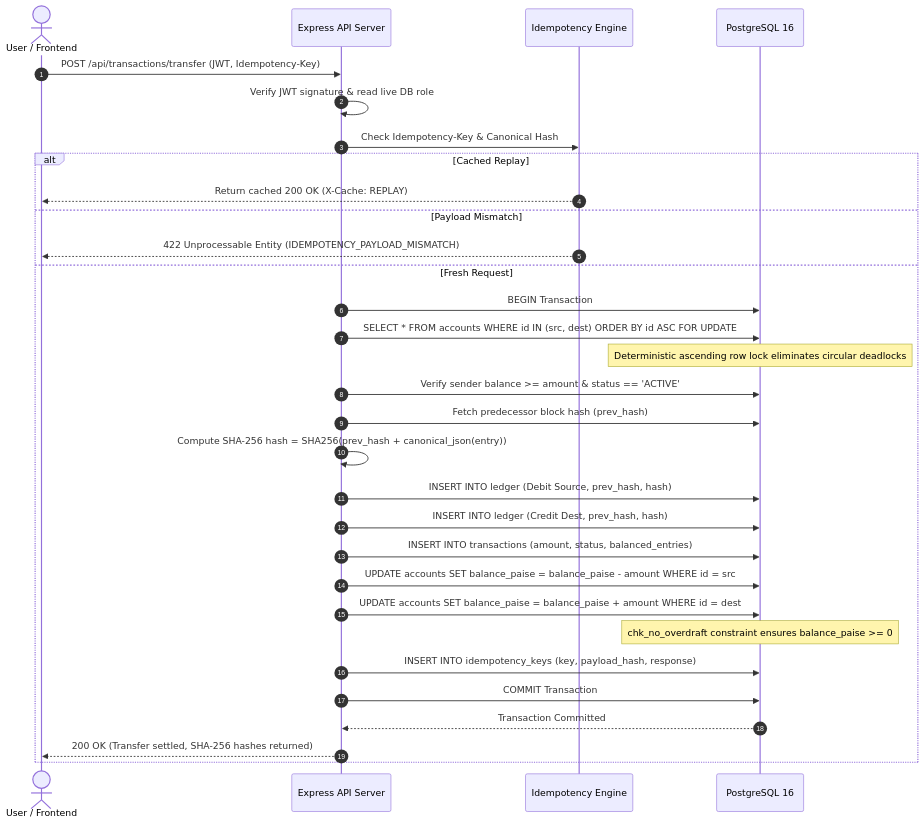
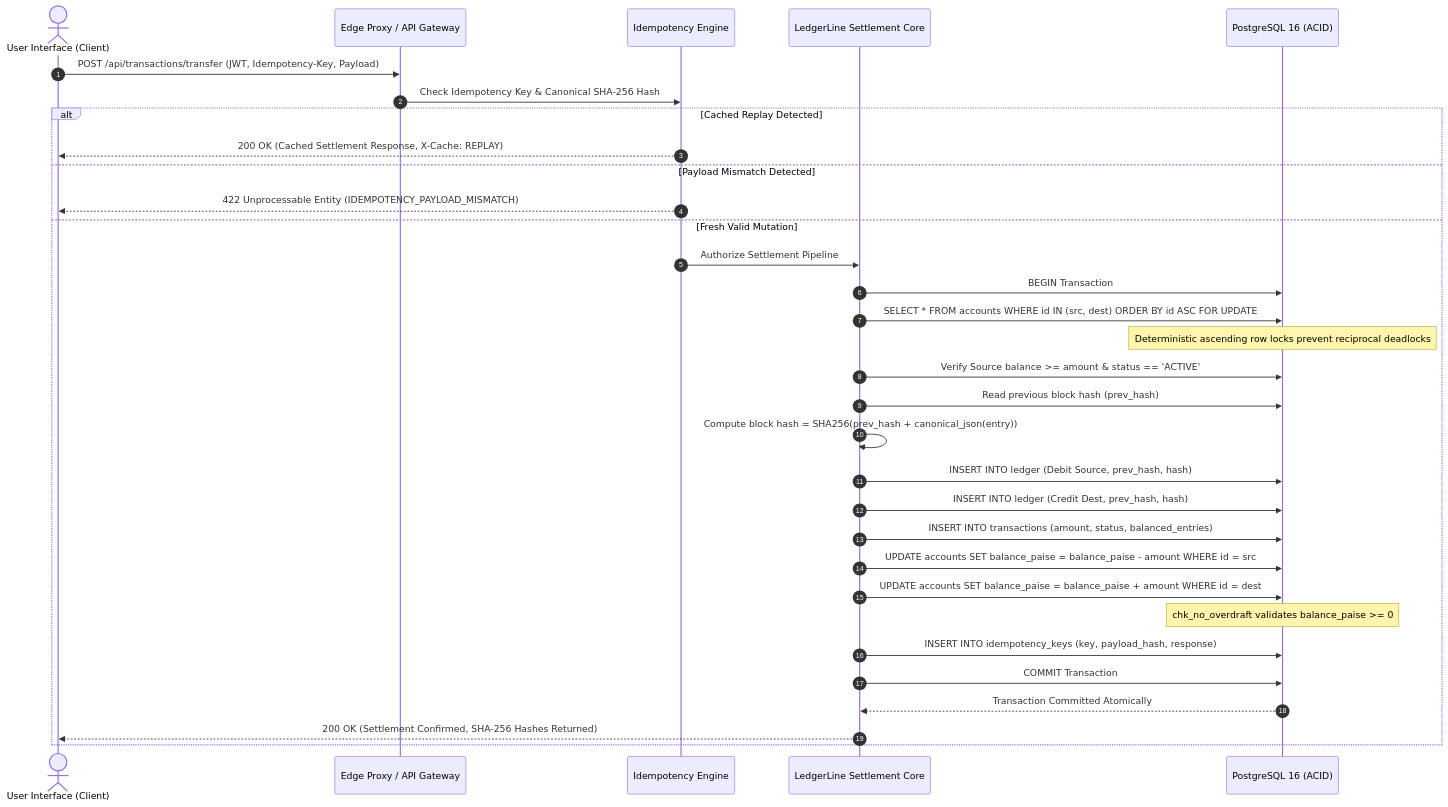
Before and after one commit to rupasribakka/LedgerLine: the second of 6 diagrams in README.md, drawn with Mermaid. The commit also changed other lines of this file, not shown here.

Commit message:
docs: update README with live deployments and visual architecture flows

````diff
--- a/README.md
+++ b/README.md
@@ -105,34 +113,35 @@
 ```mermaid
 sequenceDiagram
     autonumber
-    actor Client as User / Frontend
-    participant API as Express API Server
+    actor User as User Interface (Client)
+    participant Edge as Edge Proxy / API Gateway
     participant Idemp as Idempotency Engine
-    participant DB as PostgreSQL 16
+    participant Engine as LedgerLine Settlement Core
+    participant DB as PostgreSQL 16 (ACID)
 
-    Client->>API: POST /api/transactions/transfer (JWT, Idempotency-Key)
-    API->>API: Verify JWT signature & read live DB role
-    API->>Idemp: Check Idempotency-Key & Canonical Hash
-    alt Cached Replay
-        Idemp-->>Client: Return cached 200 OK (X-Cache: REPLAY)
-    else Payload Mismatch
-        Idemp-->>Client: 422 Unprocessable Entity (IDEMPOTENCY_PAYLOAD_MISMATCH)
-    else Fresh Request
-        API->>DB: BEGIN Transaction
-        API->>DB: SELECT * FROM accounts WHERE id IN (src, dest) ORDER BY id ASC FOR UPDATE
-        Note over DB: Deterministic ascending row lock eliminates circular deadlocks
-        API->>DB: Verify sender balance >= amount & status == 'ACTIVE'
-        API->>DB: Fetch predecessor block hash (prev_hash)
-        API->>API: Compute SHA-256 hash = SHA256(prev_hash + canonical_json(entry))
-        API->>DB: INSERT INTO ledger (Debit Source, prev_hash, hash)
-        API->>DB: INSERT INTO ledger (Credit Dest, prev_hash, hash)
-        API->>DB: INSERT INTO transactions (amount, status, balanced_entries)
-        API->>DB: UPDATE accounts SET balance_paise = balance_paise - amount WHERE id = src
-        API->>DB: UPDATE accounts SET balance_paise = balance_paise + amount WHERE id = dest
-        Note over DB: chk_no_overdraft constraint ensures balance_paise >= 0
-        API->>DB: INSERT INTO idempotency_keys (key, payload_hash, response)
-        API->>DB: COMMIT Transaction
-        DB-->>API: Transaction Committed
-        API-->>Client: 200 OK (Transfer settled, SHA-256 hashes returned)
+    User->>Edge: POST /api/transactions/transfer (JWT, Idempotency-Key, Payload)
+    Edge->>Idemp: Check Idempotency Key & Canonical SHA-256 Hash
+    alt Cached Replay Detected
+        Idemp-->>User: 200 OK (Cached Settlement Response, X-Cache: REPLAY)
+    else Payload Mismatch Detected
+        Idemp-->>User: 422 Unprocessable Entity (IDEMPOTENCY_PAYLOAD_MISMATCH)
+    else Fresh Valid Mutation
+        Idemp->>Engine: Authorize Settlement Pipeline
+        Engine->>DB: BEGIN Transaction
+        Engine->>DB: SELECT * FROM accounts WHERE id IN (src, dest) ORDER BY id ASC FOR UPDATE
+        Note over DB: Deterministic ascending row locks prevent reciprocal deadlocks
+        Engine->>DB: Verify Source balance >= amount & status == 'ACTIVE'
+        Engine->>DB: Read previous block hash (prev_hash)
+        Engine->>Engine: Compute block hash = SHA256(prev_hash + canonical_json(entry))
+        Engine->>DB: INSERT INTO ledger (Debit Source, prev_hash, hash)
+        Engine->>DB: INSERT INTO ledger (Credit Dest, prev_hash, hash)
+        Engine->>DB: INSERT INTO transactions (amount, status, balanced_entries)
+        Engine->>DB: UPDATE accounts SET balance_paise = balance_paise - amount WHERE id = src
+        Engine->>DB: UPDATE accounts SET balance_paise = balance_paise + amount WHERE id = dest
+        Note over DB: chk_no_overdraft validates balance_paise >= 0
+        Engine->>DB: INSERT INTO idempotency_keys (key, payload_hash, response)
+        Engine->>DB: COMMIT Transaction
+        DB-->>Engine: Transaction Committed Atomically
+        Engine-->>User: 200 OK (Settlement Confirmed, SHA-256 Hashes Returned)
     end
 ```
````
